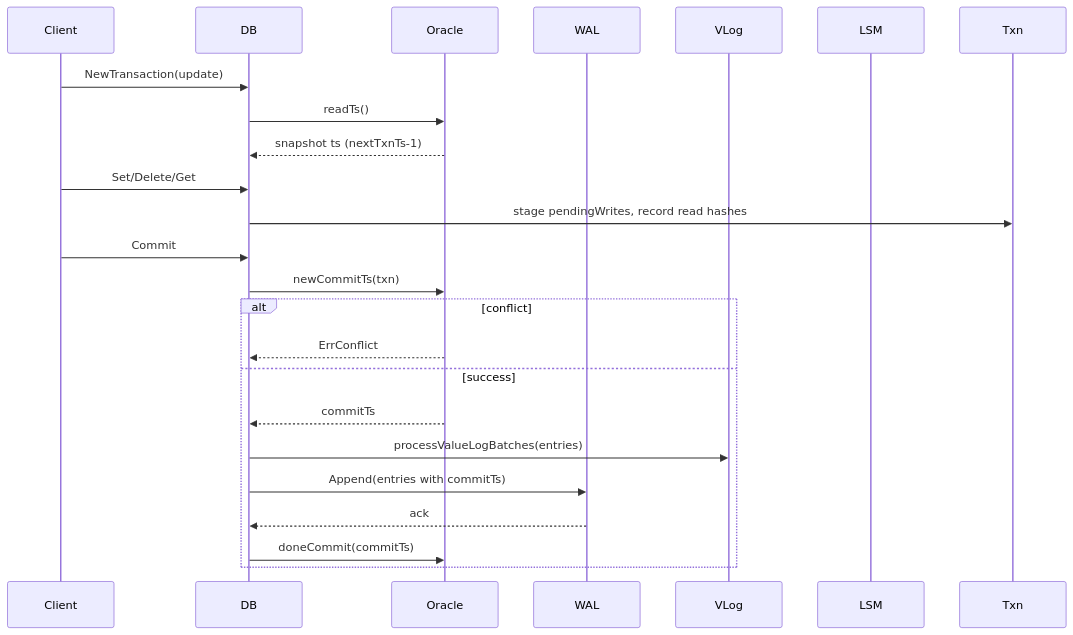
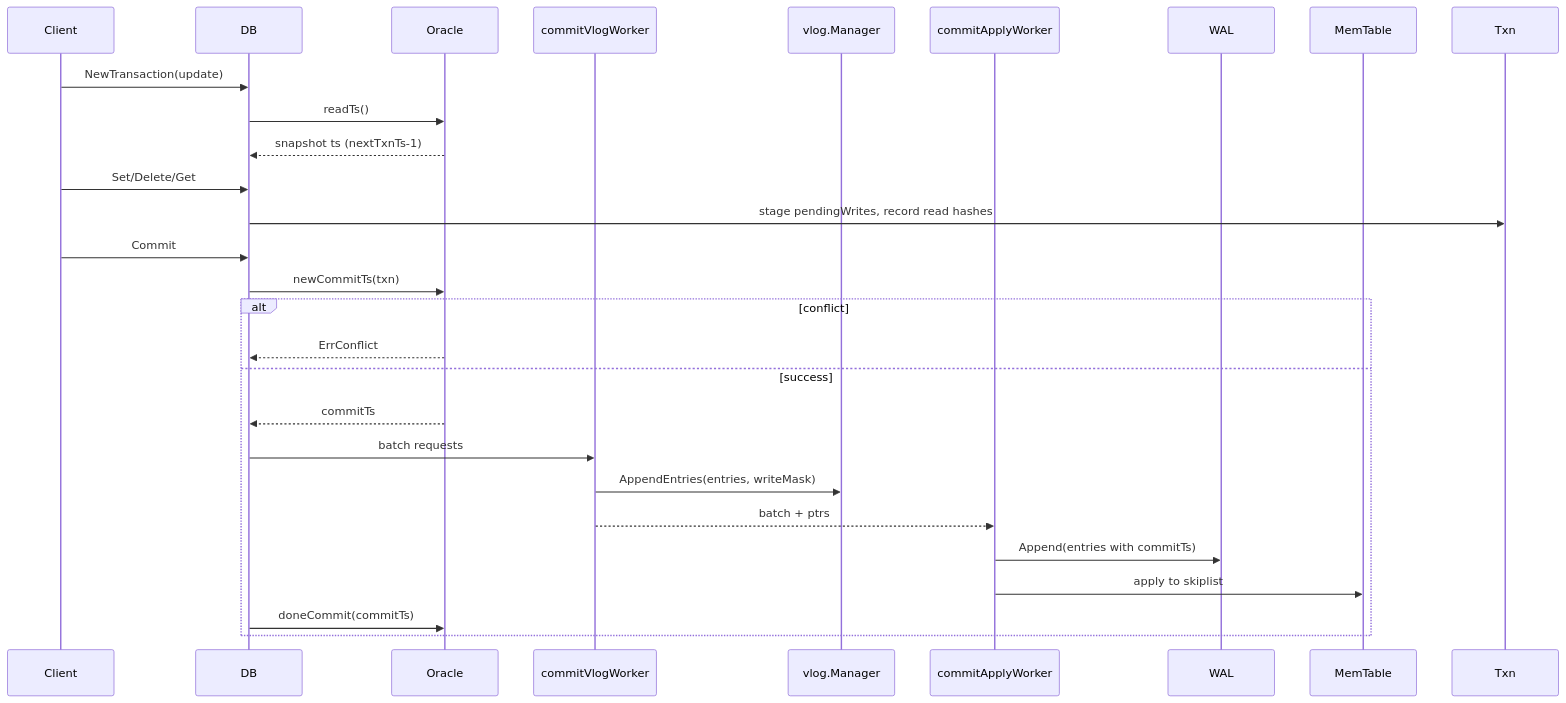
The diagram in docs/txn.md (feichai0017/NoKV), drawn with Mermaid before and after one commit. The commit also changed other lines of this file and 14 other files, not shown here.

````diff
--- a/docs/txn.md
+++ b/docs/txn.md
@@ -22,25 +22,29 @@
 ```mermaid
 sequenceDiagram
     participant Client
     participant DB
     participant Oracle
+    participant VLog as commitVlogWorker
+    participant Mgr as vlog.Manager
+    participant Apply as commitApplyWorker
     participant WAL
-    participant VLog
-    participant LSM
+    participant Mem as MemTable
     Client->>DB: NewTransaction(update)
     DB->>Oracle: readTs()
     Oracle-->>DB: snapshot ts (nextTxnTs-1)
     Client->>DB: Set/Delete/Get
     DB->>Txn: stage pendingWrites, record read hashes
     Client->>DB: Commit
     DB->>Oracle: newCommitTs(txn)
     alt conflict
         Oracle-->>DB: ErrConflict
     else success
         Oracle-->>DB: commitTs
-        DB->>VLog: processValueLogBatches(entries)
-        DB->>WAL: Append(entries with commitTs)
-        WAL-->>DB: ack
+        DB->>VLog: batch requests
+        VLog->>Mgr: AppendEntries(entries, writeMask)
+        VLog-->>Apply: batch + ptrs
+        Apply->>WAL: Append(entries with commitTs)
+        Apply->>Mem: apply to skiplist
         DB->>Oracle: doneCommit(commitTs)
     end
 ```
````
